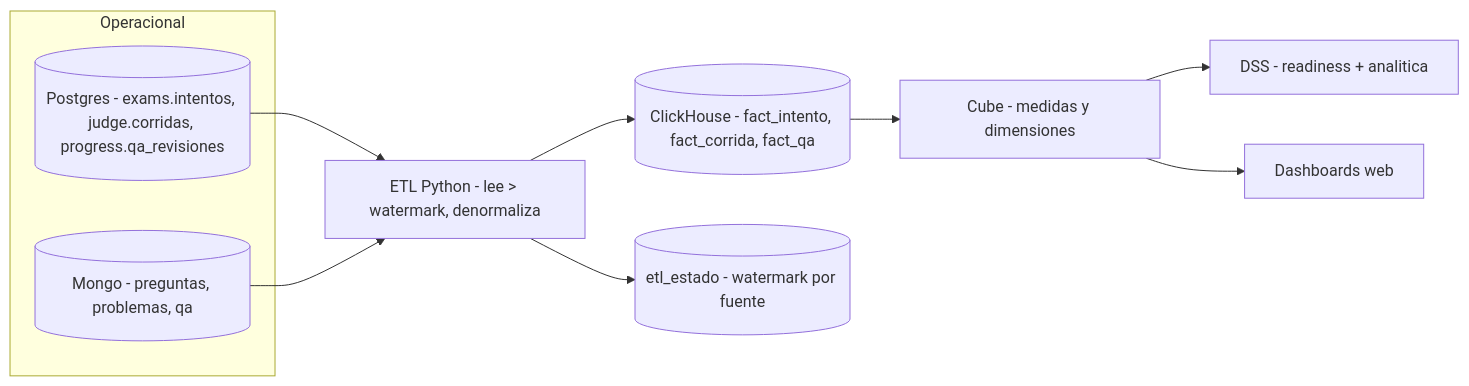
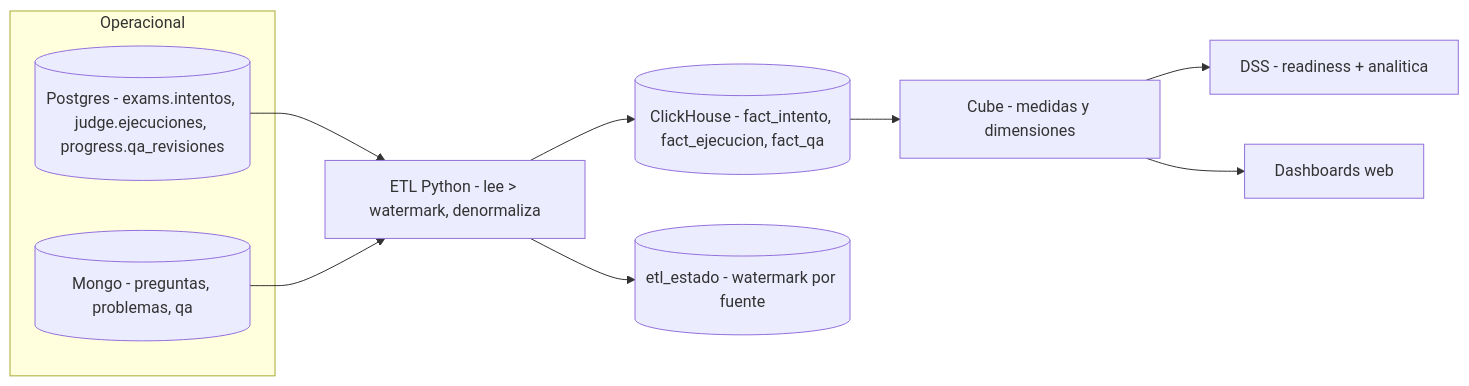
Before and after one commit to Diegomed11/CertReady: the sixth of 11 diagrams in README.md, drawn with Mermaid. The commit also changed other lines of this file and 47 other files, not shown here.

Commit message:
refactor: renombra 'corrida' a 'ejecucion' en todo (BD, codigo, ETL, API, UI)

````diff
--- a/README.md
+++ b/README.md
@@ -361,14 +361,14 @@
 ```mermaid
 flowchart LR
   subgraph ops["Operacional"]
-    pg[("Postgres - exams.intentos, judge.corridas, progress.qa_revisiones")]
+    pg[("Postgres - exams.intentos, judge.ejecuciones, progress.qa_revisiones")]
     mongo[("Mongo - preguntas, problemas, qa")]
   end
   pg --> etl["ETL Python - lee > watermark, denormaliza"]
   mongo --> etl
-  etl --> star[("ClickHouse - fact_intento, fact_corrida, fact_qa")]
+  etl --> star[("ClickHouse - fact_intento, fact_ejecucion, fact_qa")]
   etl --> wm[("etl_estado - watermark por fuente")]
   star --> cube["Cube - medidas y dimensiones"]
   cube --> dss["DSS - readiness + analitica"]
   cube --> dash["Dashboards web"]
 ```
````
